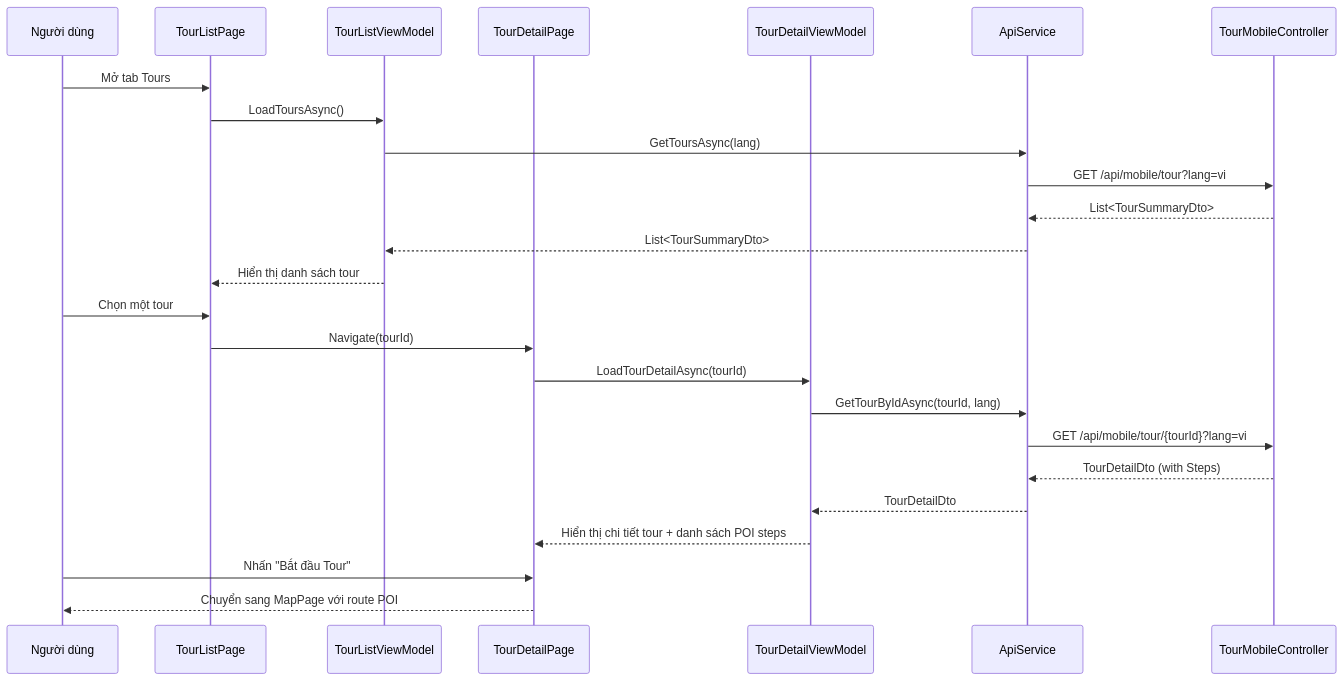
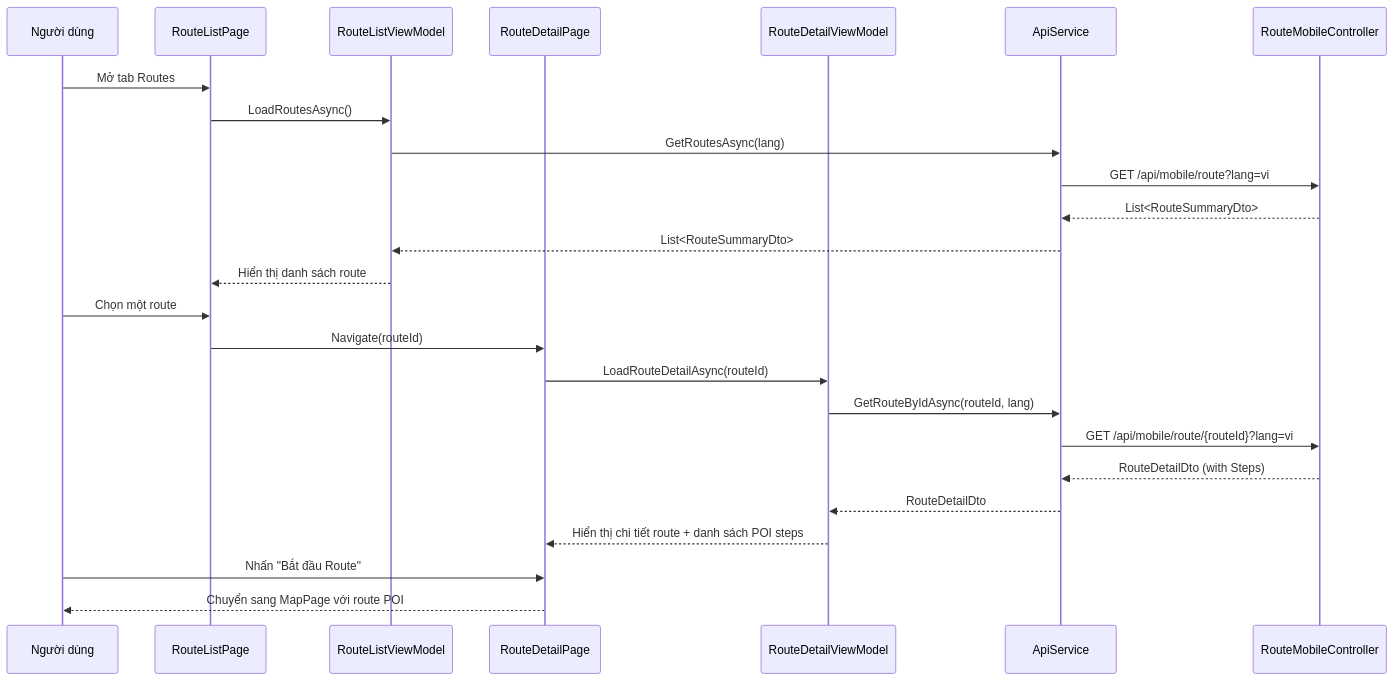
One commit to AudioGo-Project/AudioGo changed diagram 23 of 46 in PRD.md. Above: the diagram before and after it, drawn with Mermaid. The commit also changed other lines of this file, not shown here.

Commit message:
docs: Split Mobile sequence diagrams by UC and add POI priority logic in Geofence sequence

````diff
--- a/PRD.md
+++ b/PRD.md
@@ -1988,30 +1274,30 @@
 ```mermaid
 sequenceDiagram
     participant MobileUser as Người dùng
-    participant ListUI as TourListPage
-    participant ListVM as TourListViewModel
-    participant DetailUI as TourDetailPage
-    participant DetailVM as TourDetailViewModel
+    participant ListUI as RouteListPage
+    participant ListVM as RouteListViewModel
+    participant DetailUI as RouteDetailPage
+    participant DetailVM as RouteDetailViewModel
     participant API as ApiService
-    participant Backend as TourMobileController
+    participant Backend as RouteMobileController
 
-    MobileUser ->> ListUI: Mở tab Tours
-    ListUI ->> ListVM: LoadToursAsync()
-    ListVM ->> API: GetToursAsync(lang)
-    API ->> Backend: GET /api/mobile/tour?lang=vi
-    Backend -->> API: List<TourSummaryDto>
-    API -->> ListVM: List<TourSummaryDto>
-    ListVM -->> ListUI: Hiển thị danh sách tour
+    MobileUser ->> ListUI: Mở tab Routes
+    ListUI ->> ListVM: LoadRoutesAsync()
+    ListVM ->> API: GetRoutesAsync(lang)
+    API ->> Backend: GET /api/mobile/route?lang=vi
+    Backend -->> API: List<RouteSummaryDto>
+    API -->> ListVM: List<RouteSummaryDto>
+    ListVM -->> ListUI: Hiển thị danh sách route
 
-    MobileUser ->> ListUI: Chọn một tour
-    ListUI ->> DetailUI: Navigate(tourId)
-    DetailUI ->> DetailVM: LoadTourDetailAsync(tourId)
-    DetailVM ->> API: GetTourByIdAsync(tourId, lang)
-    API ->> Backend: GET /api/mobile/tour/{tourId}?lang=vi
-    Backend -->> API: TourDetailDto (with Steps)
-    API -->> DetailVM: TourDetailDto
-    DetailVM -->> DetailUI: Hiển thị chi tiết tour + danh sách POI steps
+    MobileUser ->> ListUI: Chọn một route
+    ListUI ->> DetailUI: Navigate(routeId)
+    DetailUI ->> DetailVM: LoadRouteDetailAsync(routeId)
+    DetailVM ->> API: GetRouteByIdAsync(routeId, lang)
+    API ->> Backend: GET /api/mobile/route/{routeId}?lang=vi
+    Backend -->> API: RouteDetailDto (with Steps)
+    API -->> DetailVM: RouteDetailDto
+    DetailVM -->> DetailUI: Hiển thị chi tiết route + danh sách POI steps
 
-    MobileUser ->> DetailUI: Nhấn "Bắt đầu Tour"
+    MobileUser ->> DetailUI: Nhấn "Bắt đầu Route"
     DetailUI -->> MobileUser: Chuyển sang MapPage với route POI
 ```
````
